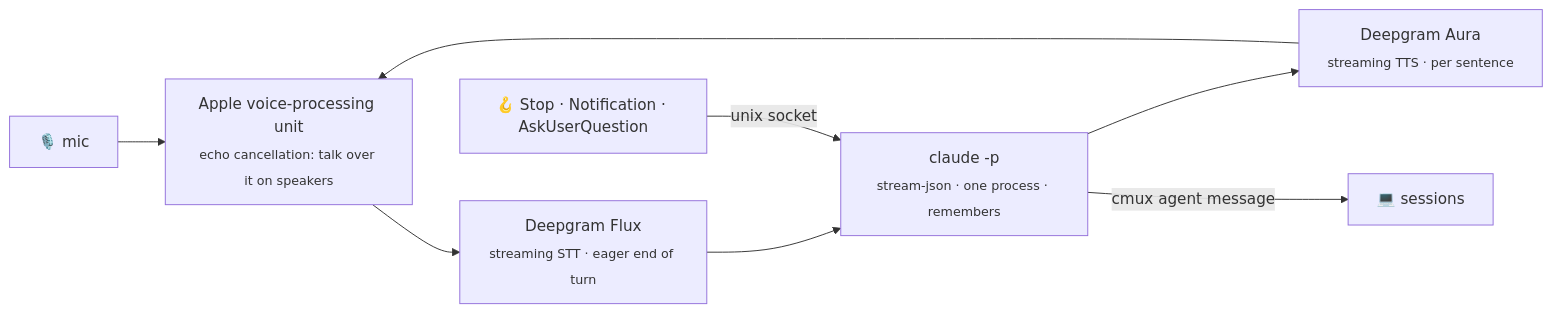
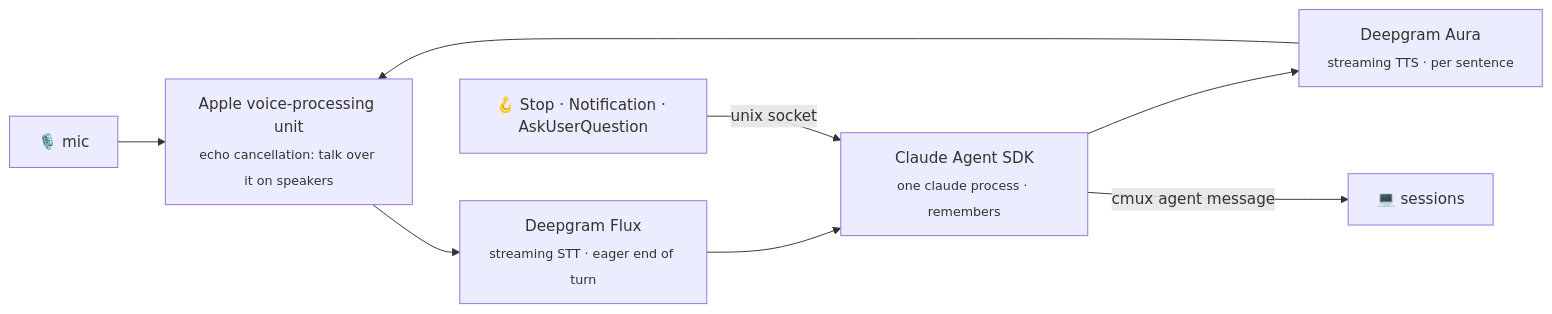
The second of 2 diagrams in README.md (ActurialCapital/claudio), drawn with Mermaid before and after one commit. The commit also changed 7 other files, not shown here.

First line of the commit message:
Brain on the Claude Agent SDK: same behaviour, one reader, a bad resume caught at connect

````diff
--- a/README.md
+++ b/README.md
@@ -96,10 +96,10 @@
 ```mermaid
 flowchart LR
     mic["🎙️ mic"] --> aec["Apple voice-processing unit<br/><sub>echo cancellation: talk over it on speakers</sub>"]
     aec --> flux["Deepgram Flux<br/><sub>streaming STT · eager end of turn</sub>"]
-    flux --> cp["claude -p<br/><sub>stream-json · one process · remembers</sub>"]
+    flux --> cp["Claude Agent SDK<br/><sub>one claude process · remembers</sub>"]
     cp --> aura["Deepgram Aura<br/><sub>streaming TTS · per sentence</sub>"]
     aura --> aec
     hooks["🪝 Stop · Notification · AskUserQuestion"] -->|unix socket| cp
     cp -->|cmux agent message| sessions["💻 sessions"]
 ```
````
